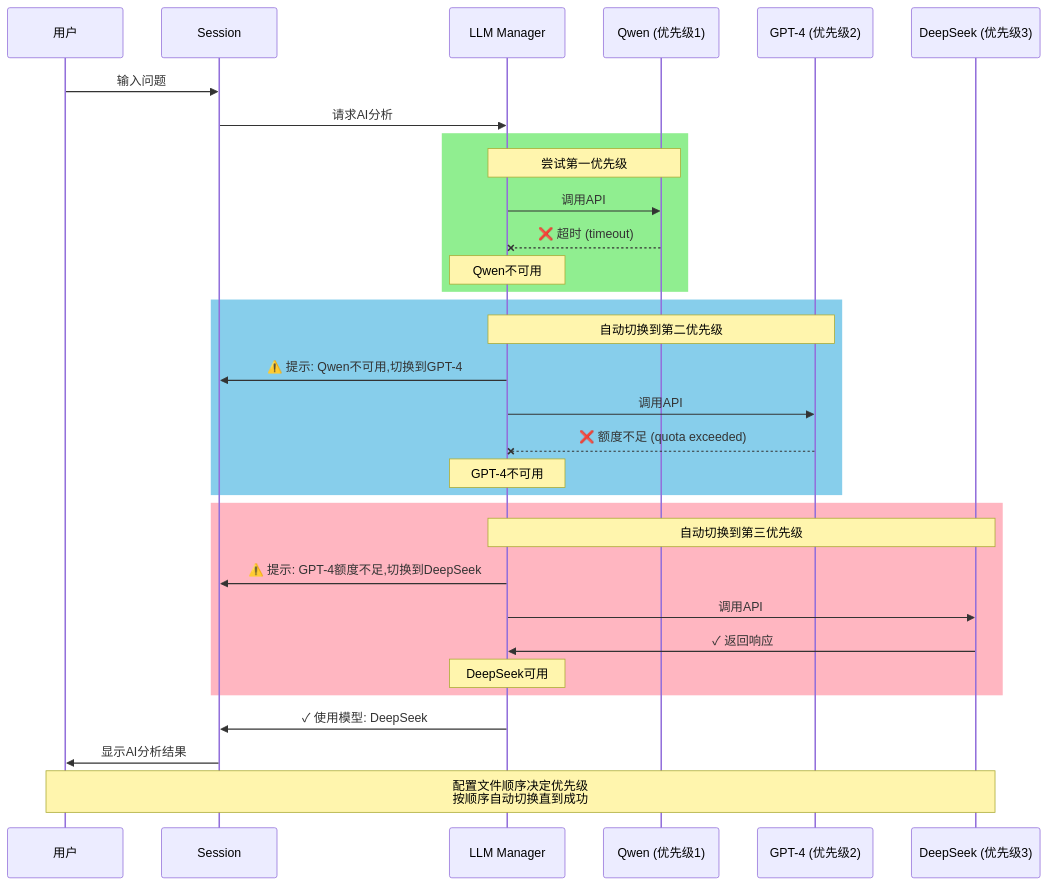
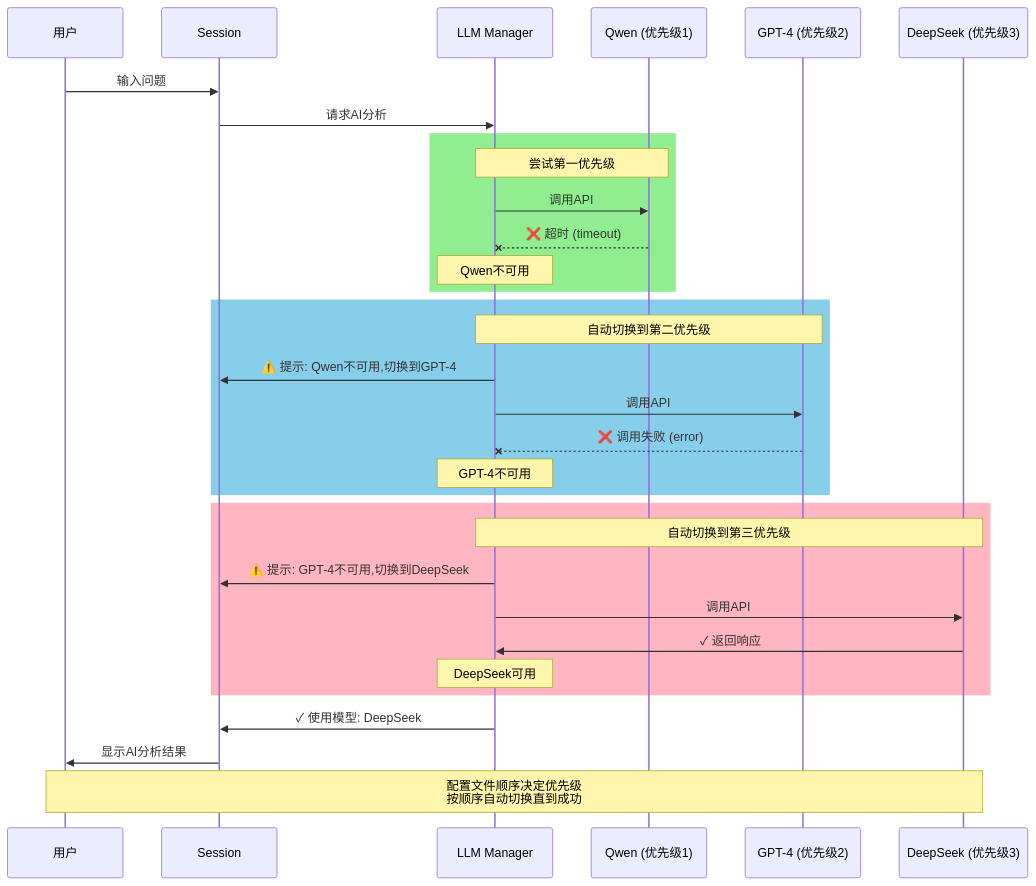
The diagram in docs/images/model-fallback.mmd (llaoj/aiassist), drawn with Mermaid before and after one commit. The commit also changed 9 other files, not shown here.

```diff
--- a/docs/images/model-fallback.mmd
+++ b/docs/images/model-fallback.mmd
@@ -1,38 +1,38 @@
 sequenceDiagram
     participant U as 用户
     participant S as Session
     participant M as LLM Manager
     participant Q as Qwen (优先级1)
     participant G as GPT-4 (优先级2)
     participant D as DeepSeek (优先级3)
     
     U->>S: 输入问题
     S->>M: 请求AI分析
     
     rect rgb(144, 238, 144)
         Note over M,Q: 尝试第一优先级
         M->>Q: 调用API
         Q--xM: ❌ 超时 (timeout)
         Note over M: Qwen不可用
     end
     
     rect rgb(135, 206, 235)
         Note over M,G: 自动切换到第二优先级
         M->>S: ⚠️ 提示: Qwen不可用,切换到GPT-4
         M->>G: 调用API
-        G--xM: ❌ 额度不足 (quota exceeded)
+        G--xM: ❌ 调用失败 (error)
         Note over M: GPT-4不可用
     end
-    
+
     rect rgb(255, 182, 193)
         Note over M,D: 自动切换到第三优先级
-        M->>S: ⚠️ 提示: GPT-4额度不足,切换到DeepSeek
+        M->>S: ⚠️ 提示: GPT-4不可用,切换到DeepSeek
         M->>D: 调用API
         D->>M: ✓ 返回响应
         Note over M: DeepSeek可用
     end
     
     M->>S: ✓ 使用模型: DeepSeek
     S->>U: 显示AI分析结果
     
     Note over U,D: 配置文件顺序决定优先级<br/>按顺序自动切换直到成功
```
